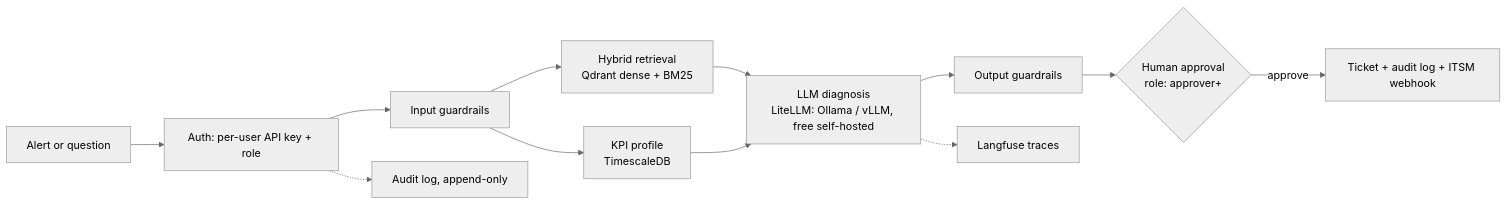
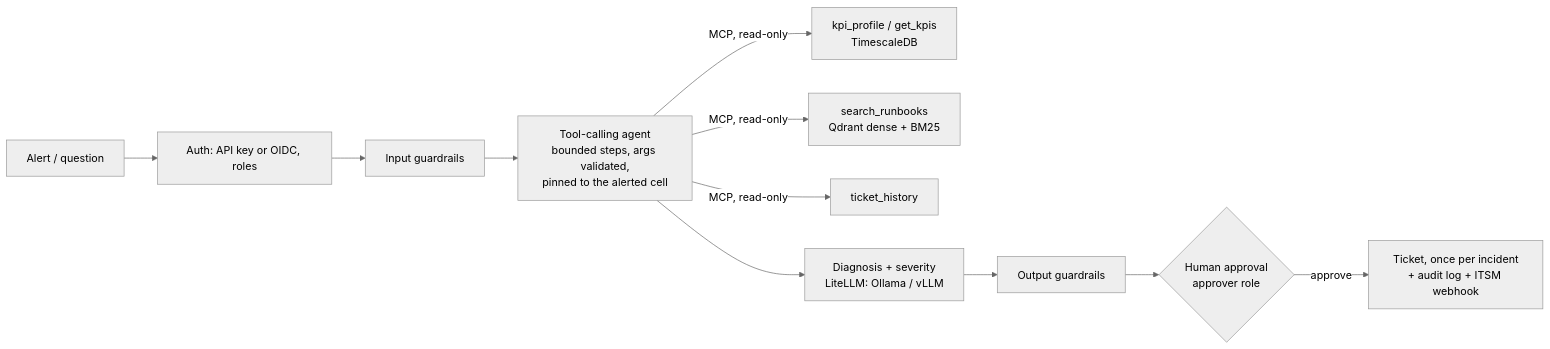
The diagram in README.md (mohamed-amin-ai/telecom-ops-ai-assistant), drawn with Mermaid (neutral theme) before and after one commit. The commit also changed other lines of this file and 7 other files, not shown here.

````diff
--- a/README.md
+++ b/README.md
@@ -9,14 +11,13 @@
 ```mermaid
 flowchart LR
-  A[Alert or question] --> AU[Auth: per-user API key + role]
+  A[Alert / question] --> AU[Auth: API key or OIDC, roles]
   AU --> G[Input guardrails]
-  G --> R[Hybrid retrieval<br/>Qdrant dense + BM25]
-  G --> K[KPI profile<br/>TimescaleDB]
-  R --> D[LLM diagnosis<br/>LiteLLM: Ollama / vLLM, free self-hosted]
-  K --> D
+  G --> AG[Tool-calling agent<br/>bounded steps, args validated,<br/>pinned to the alerted cell]
+  AG -->|MCP, read-only| T1[kpi_profile / get_kpis<br/>TimescaleDB]
+  AG -->|MCP, read-only| T2[search_runbooks<br/>Qdrant dense + BM25]
+  AG -->|MCP, read-only| T3[ticket_history]
+  AG --> D[Diagnosis + severity<br/>LiteLLM: Ollama / vLLM]
   D --> O[Output guardrails]
-  O --> H{Human approval<br/>role: approver+}
-  H -->|approve| T[Ticket + audit log + ITSM webhook]
-  D -.-> L[Langfuse traces]
-  AU -.-> AL[Audit log, append-only]
+  O --> H{Human approval<br/>approver role}
+  H -->|approve| TK[Ticket, once per incident<br/>+ audit log + ITSM webhook]
 ```
````
